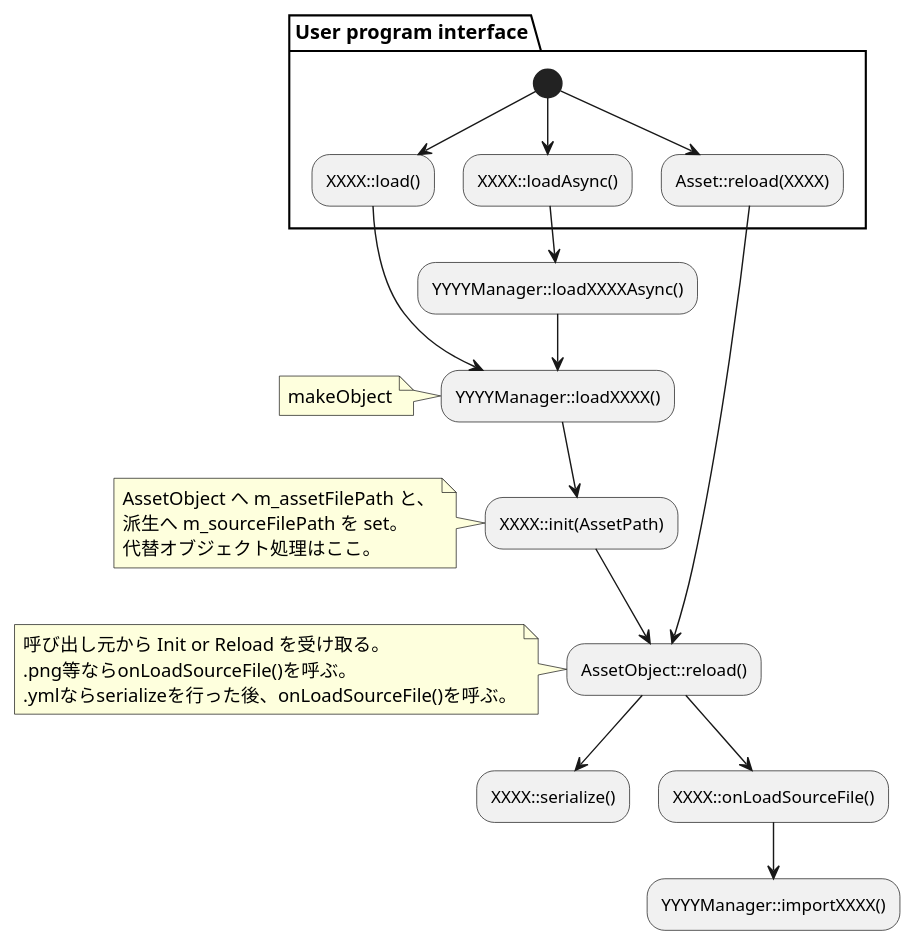
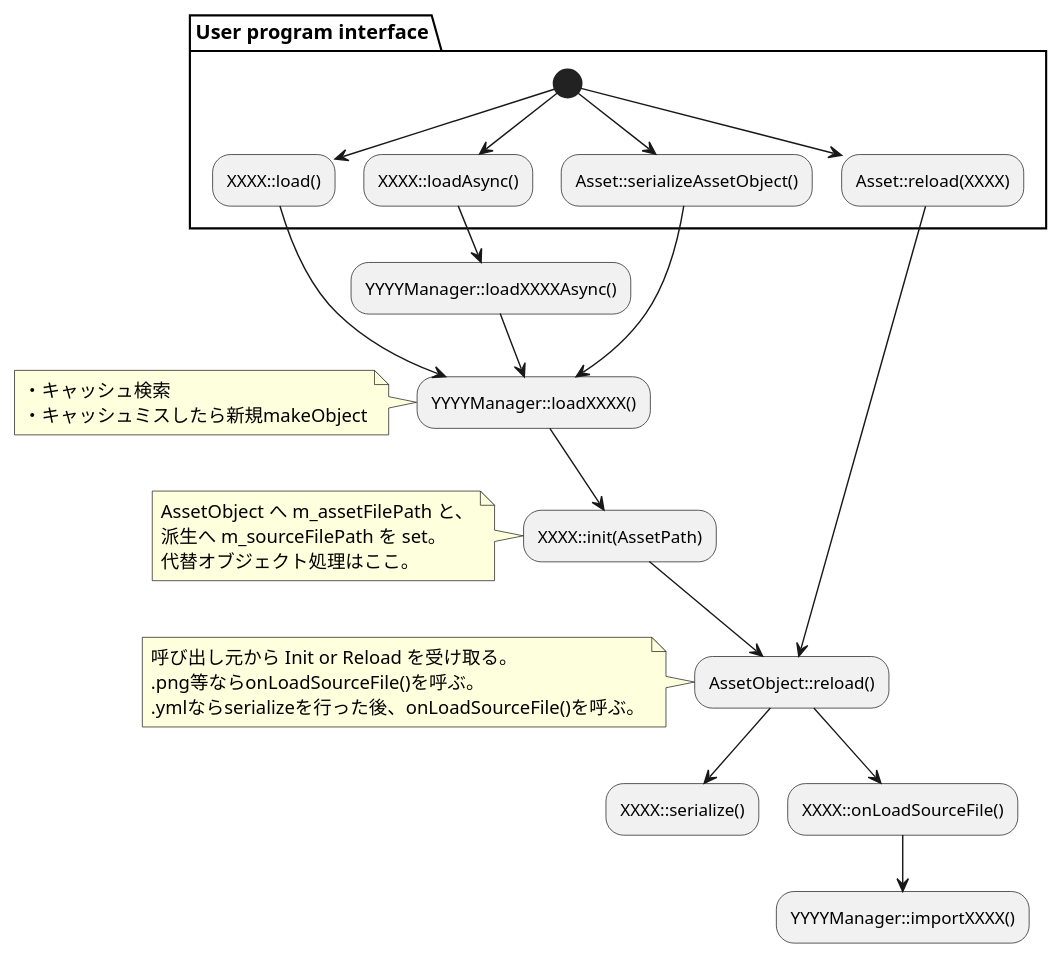
Before and after one commit to LuminoEngine/Lumino: the second of 2 diagrams in src/LuminoEngine/src/Asset/README.md, drawn with PlantUML. The commit also changed 7 other files, not shown here.

````diff
--- a/src/LuminoEngine/src/Asset/README.md
+++ b/src/LuminoEngine/src/Asset/README.md
@@ -93,41 +93,45 @@
 ```plantuml
 @startuml
 partition "User program interface" {
     (*) --> "XXXX::load()"
 
     (*) --> "XXXX::loadAsync()"
 
     (*) --> "Asset::reload(XXXX)"
+
+    (*) --> "Asset::serializeAssetObject()"
 }
 
 "XXXX::load()" --> "YYYYManager::loadXXXX()"
 "XXXX::loadAsync()" --> "YYYYManager::loadXXXXAsync()"
 "YYYYManager::loadXXXXAsync()" --> "YYYYManager::loadXXXX()"
+"Asset::serializeAssetObject()" --> "YYYYManager::loadXXXX()"
 
 
 note left
-makeObject
+・キャッシュ検索
+・キャッシュミスしたら新規makeObject
 end note
 "YYYYManager::loadXXXX()" --> "XXXX::init(AssetPath)"
 
 
 note left
 AssetObject へ m_assetFilePath と、
 派生へ m_sourceFilePath を set。
 代替オブジェクト処理はここ。
 end note
 "XXXX::init(AssetPath)" --> "AssetObject::reload()"
 "Asset::reload(XXXX)" --> "AssetObject::reload()"
 
 note left
 呼び出し元から Init or Reload を受け取る。
 .png等ならonLoadSourceFile()を呼ぶ。
 .ymlならserializeを行った後、onLoadSourceFile()を呼ぶ。
 end note
 "AssetObject::reload()" --> "XXXX::serialize()"
 "AssetObject::reload()" --> "XXXX::onLoadSourceFile()"
 
 "XXXX::onLoadSourceFile()" --> "YYYYManager::importXXXX()"
 
 @enduml
 ```
````
